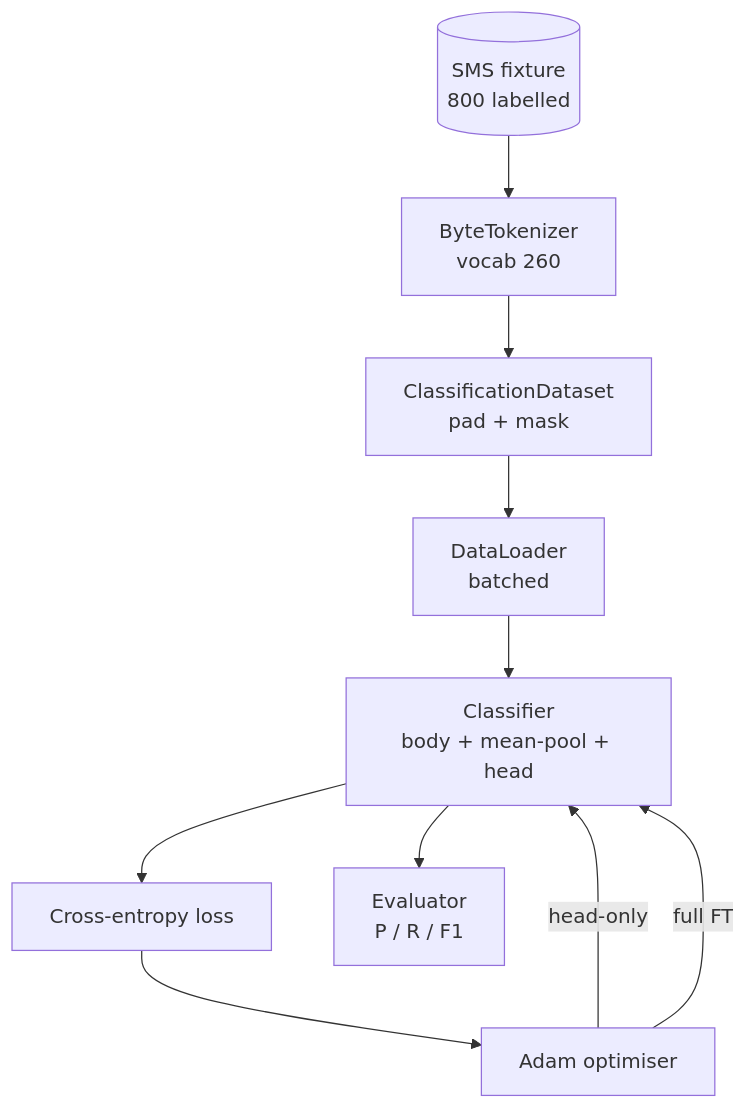
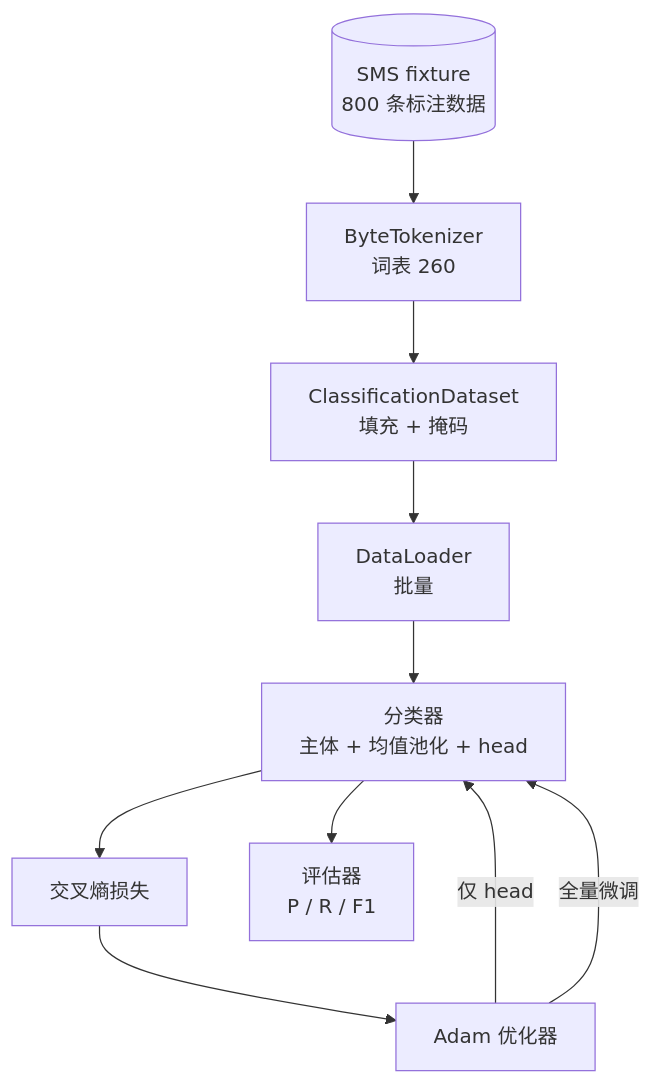
One commit to alessandrodinisio-ai/ai-engineering-learning-framework changed the third of 3 diagrams in phases/19-capstone-projects/38-classifier-finetuning/docs/zh.md. Above: the diagram before and after it, drawn with Mermaid. The commit also changed other lines of this file and 120 other files, not shown here.

First line of the commit message:
i18n(mermaid): 337 个 mermaid 图表标签中文化

````diff
--- a/phases/19-capstone-projects/38-classifier-finetuning/docs/zh.md
+++ b/phases/19-capstone-projects/38-classifier-finetuning/docs/zh.md
@@ -99,12 +99,12 @@
 ```mermaid
 flowchart TD
-  Toks[(SMS fixture<br/>800 labelled)] --> Tok[ByteTokenizer<br/>vocab 260]
-  Tok --> DS[ClassificationDataset<br/>pad + mask]
-  DS --> DL[DataLoader<br/>batched]
-  DL --> M[Classifier<br/>body + mean-pool + head]
-  M --> L[Cross-entropy loss]
-  L --> O[Adam optimiser]
-  O -->|head-only| M
-  O -->|full FT| M
-  M --> E[Evaluator<br/>P / R / F1]
+  Toks[(SMS fixture<br/>800 条标注数据)] --> Tok[ByteTokenizer<br/>词表 260]
+  Tok --> DS[ClassificationDataset<br/>填充 + 掩码]
+  DS --> DL[DataLoader<br/>批量]
+  DL --> M[分类器<br/>主体 + 均值池化 + head]
+  M --> L[交叉熵损失]
+  L --> O[Adam 优化器]
+  O -->|仅 head| M
+  O -->|全量微调| M
+  M --> E[评估器<br/>P / R / F1]
 ```
````
